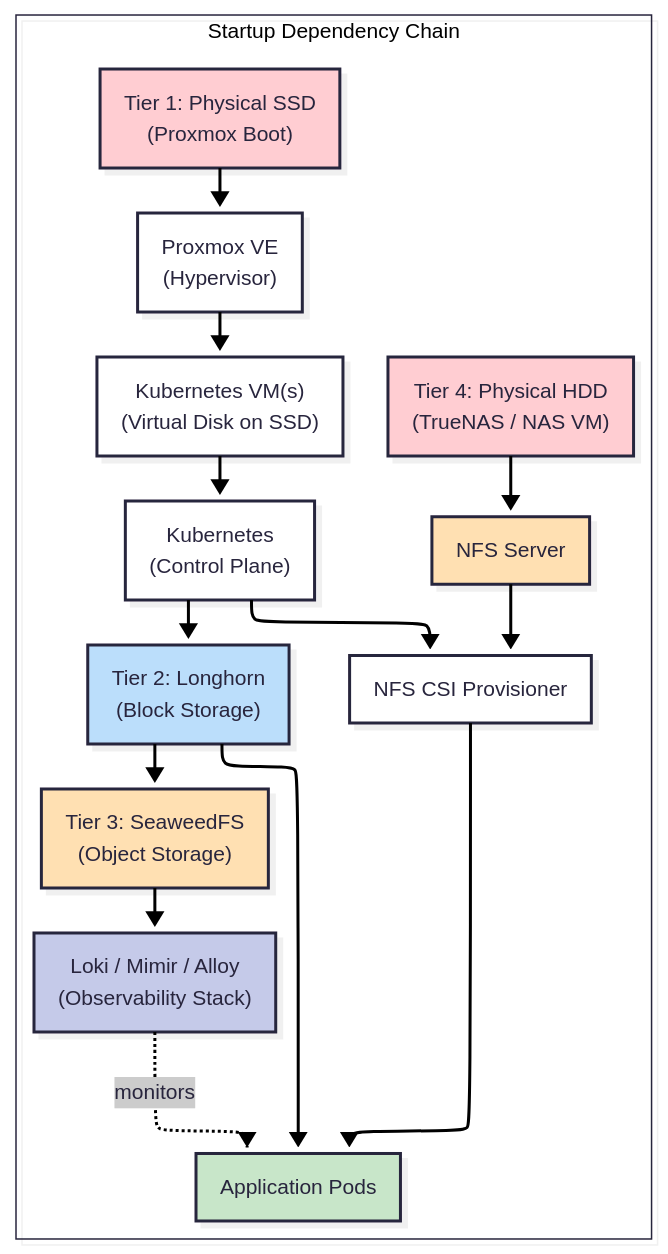
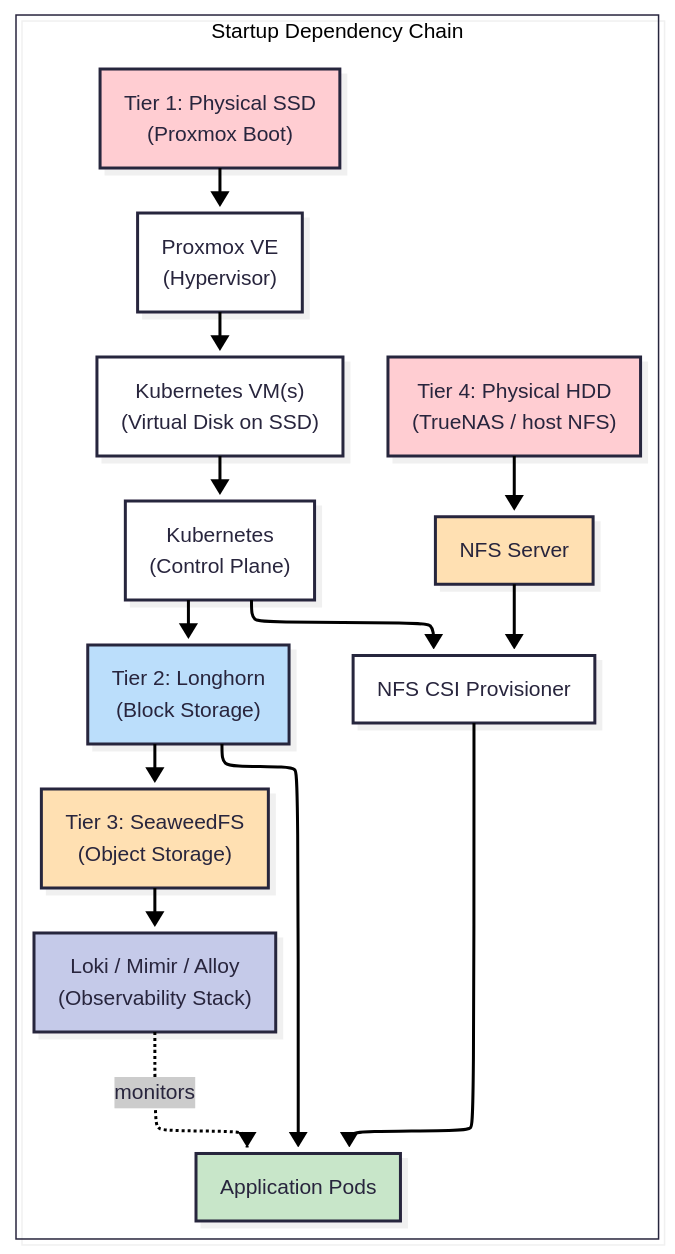
Before and after one commit to sinhaaritro/platform-stack: the third of 4 diagrams in docs/storage/ARCHITECTURE.md, drawn with Mermaid. The commit also changed other lines of this file and 24 other files, not shown here.

Commit message:
feat: migrate Immich to NFS storage, add dual-domain ingress for Copyparty, and update storage architecture documentation.

````diff
--- a/docs/storage/ARCHITECTURE.md
+++ b/docs/storage/ARCHITECTURE.md
@@ -218,34 +218,34 @@
 ```mermaid
 ---
 config:
   theme: redux
   look: neo
   layout: elk
 ---
 flowchart TD
   subgraph Diagram["Startup Dependency Chain"]
     SSD["Tier 1: Physical SSD\n(Proxmox Boot)"] --> Proxmox["Proxmox VE\n(Hypervisor)"]
     Proxmox --> VM["Kubernetes VM(s)\n(Virtual Disk on SSD)"]
     VM --> K8s["Kubernetes\n(Control Plane)"]
     K8s --> Longhorn["Tier 2: Longhorn\n(Block Storage)"]
     Longhorn --> SeaweedFS["Tier 3: SeaweedFS\n(Object Storage)"]
     SeaweedFS --> Observability["Loki / Mimir / Alloy\n(Observability Stack)"]
     K8s --> NFSProvisioner["NFS CSI Provisioner"]
 
-    HDD["Tier 4: Physical HDD\n(TrueNAS / NAS VM)"] --> NFSServer["NFS Server"]
+    HDD["Tier 4: Physical HDD\n(TrueNAS / host NFS)"] --> NFSServer["NFS Server"]
     NFSServer --> NFSProvisioner
 
     NFSProvisioner --> Apps["Application Pods"]
     Longhorn --> Apps
     Observability -.->|"monitors"| Apps
   end
 
   style SSD fill:#FFCDD2
   style Longhorn fill:#BBDEFB
   style SeaweedFS fill:#FFE0B2
   style HDD fill:#FFCDD2
   style NFSServer fill:#FFE0B2
   style Apps fill:#C8E6C9
   style Observability fill:#C5CAE9
   style Diagram fill:transparent
 ```
````
